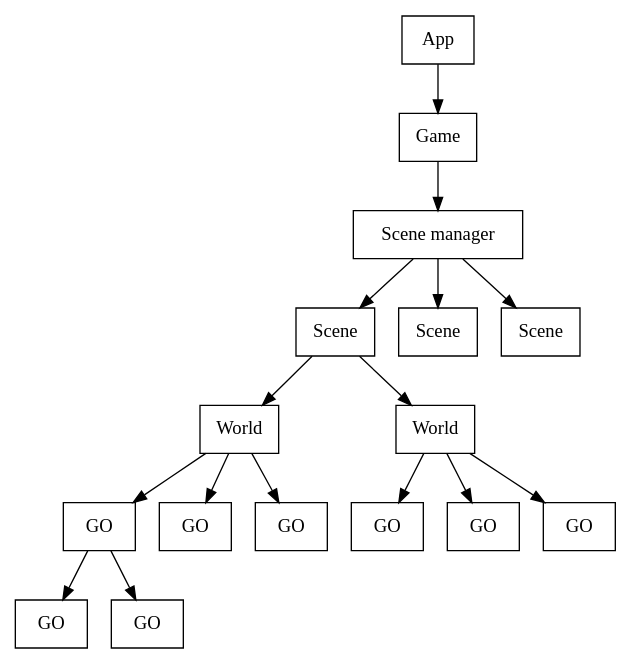
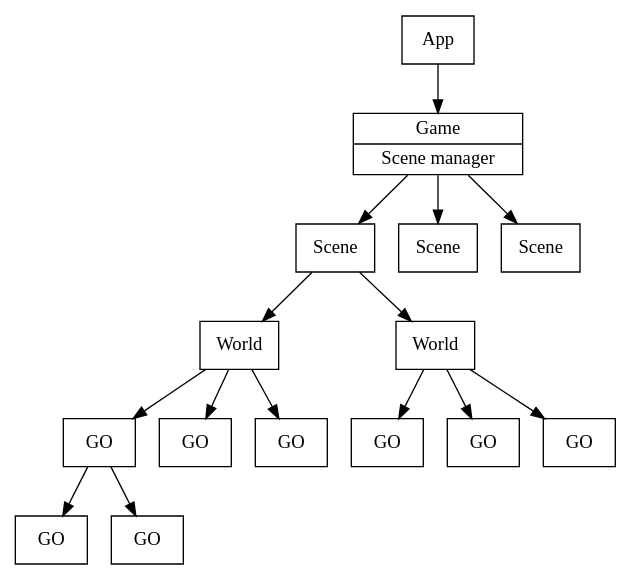
The diagram in doc/source/system/hierarchy.dot (rexrainbow/phaser4-rex-plugins), drawn with Graphviz before and after one commit. The commit also changed 4 other files, not shown here.

```diff
--- a/doc/source/system/hierarchy.dot
+++ b/doc/source/system/hierarchy.dot
@@ -1,33 +1,32 @@
 digraph Game {
     graph [rankdir=TD,splines=line]
     node[shape=record]
     
     App
-    Game
-    SceneManager[label="Scene manager"]
+    Game[label="{Game|Scene manager}"]
 
     Scene0[label="Scene"]
     Scene1[label="Scene"]
     Scene2[label="Scene"]
 
     World0[label="World"]
     World1[label="World"]
         
     GO00[label="GO"]
     GO01[label="GO"]
     GO02[label="GO"]
         
     GO10[label="GO"]
     GO11[label="GO"]
     GO12[label="GO"]
     
     GO000[label="GO"]
     GO001[label="GO"] 
     
-    App -> Game -> SceneManager -> { Scene0, Scene1, Scene2 }
+    App -> Game -> { Scene0, Scene1, Scene2 }
     Scene0 -> { World0, World1 }
     World0 -> { GO00, GO01, GO02 }
     World1 -> { GO10, GO11, GO12 }
     
     GO00 -> { GO000, GO001 }
 }
```
